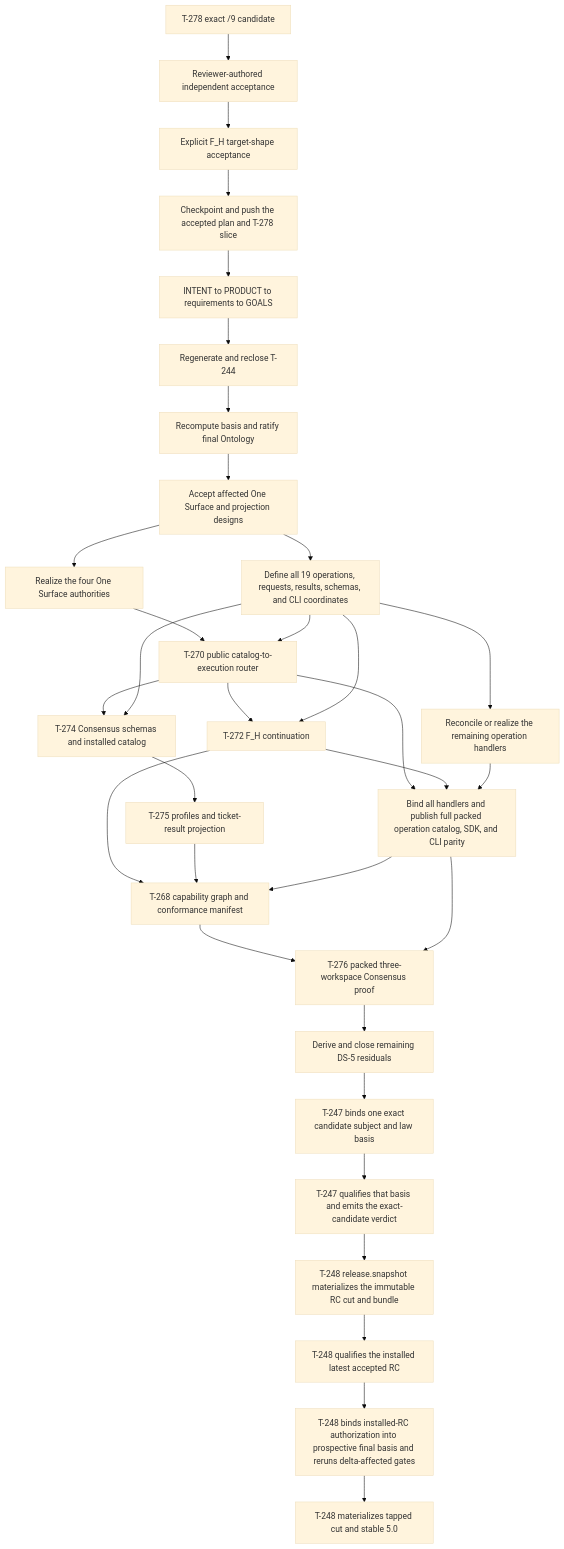
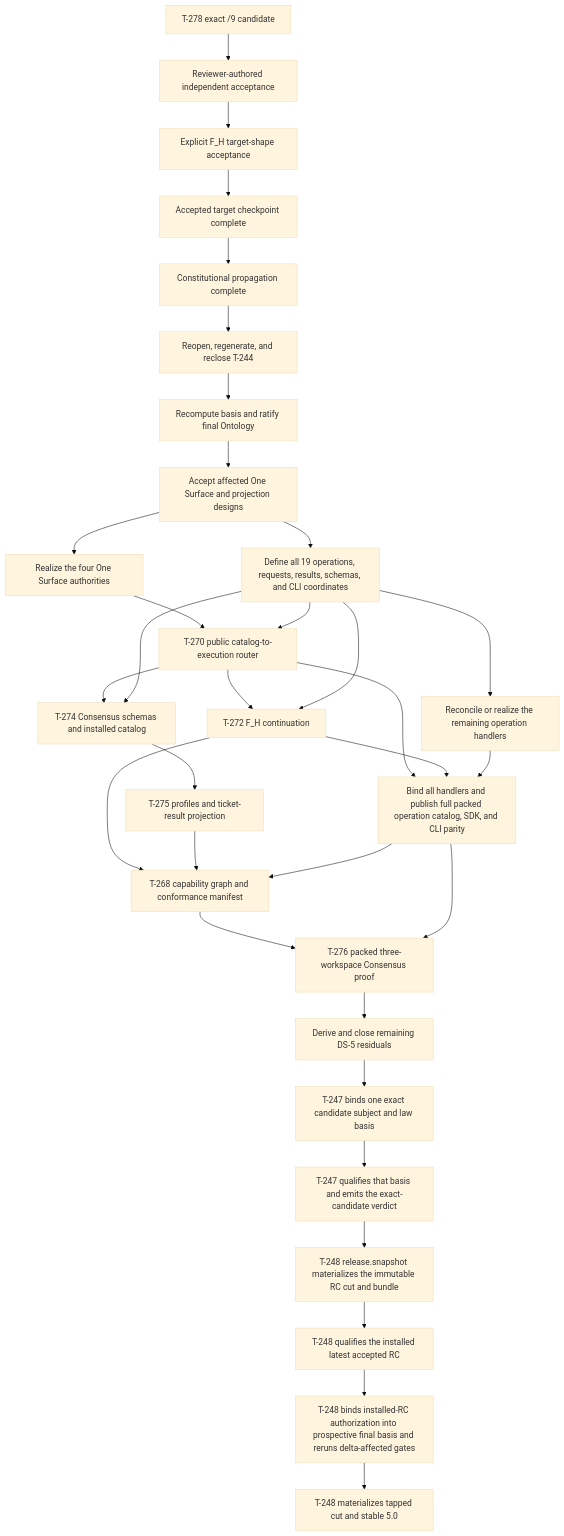
Before and after one commit to foolishimp/abiogenesis: the diagram in specification/GOALS.md, drawn with Mermaid (base theme). The commit also changed other lines of this file, not shown here.

Commit message:
docs(goals): advance 5.0 to register regeneration

````diff
--- a/specification/GOALS.md
+++ b/specification/GOALS.md
@@ -137,35 +139,35 @@
 ```mermaid
 flowchart TD
   A[T-278 exact /9 candidate] --> A2[Reviewer-authored independent acceptance]
   A2 --> A3[Explicit F_H target-shape acceptance]
-  A3 --> S[Checkpoint and push the accepted plan and T-278 slice]
-  S --> B[INTENT to PRODUCT to requirements to GOALS]
-  B --> C[Regenerate and reclose T-244]
+  A3 --> S[Accepted target checkpoint complete]
+  S --> B[Constitutional propagation complete]
+  B --> C[Reopen, regenerate, and reclose T-244]
   C --> D[Recompute basis and ratify final Ontology]
   D --> E[Accept affected One Surface and projection designs]
   E --> O[Realize the four One Surface authorities]
   E --> P1[Define all 19 operations, requests, results, schemas, and CLI coordinates]
   O --> F[T-270 public catalog-to-execution router]
   P1 --> F
   P1 --> Q[Reconcile or realize the remaining operation handlers]
   F --> G[T-272 F_H continuation]
   P1 --> G
   F --> H[T-274 Consensus schemas and installed catalog]
   P1 --> H
   H --> I[T-275 profiles and ticket-result projection]
   F --> P2[Bind all handlers and publish full packed operation catalog, SDK, and CLI parity]
   G --> P2
   Q --> P2
   G --> J[T-268 capability graph and conformance manifest]
   I --> J
   P2 --> J
   J --> K[T-276 packed three-workspace Consensus proof]
   P2 --> K
   K --> L[Derive and close remaining DS-5 residuals]
   L --> B1[T-247 binds one exact candidate subject and law basis]
   B1 --> B2[T-247 qualifies that basis and emits the exact-candidate verdict]
   B2 --> R[T-248 release.snapshot materializes the immutable RC cut and bundle]
   R --> V[T-248 qualifies the installed latest accepted RC]
   V --> F1[T-248 binds installed-RC authorization into prospective final basis and reruns delta-affected gates]
   F1 --> N[T-248 materializes tapped cut and stable 5.0]
 ```
````
